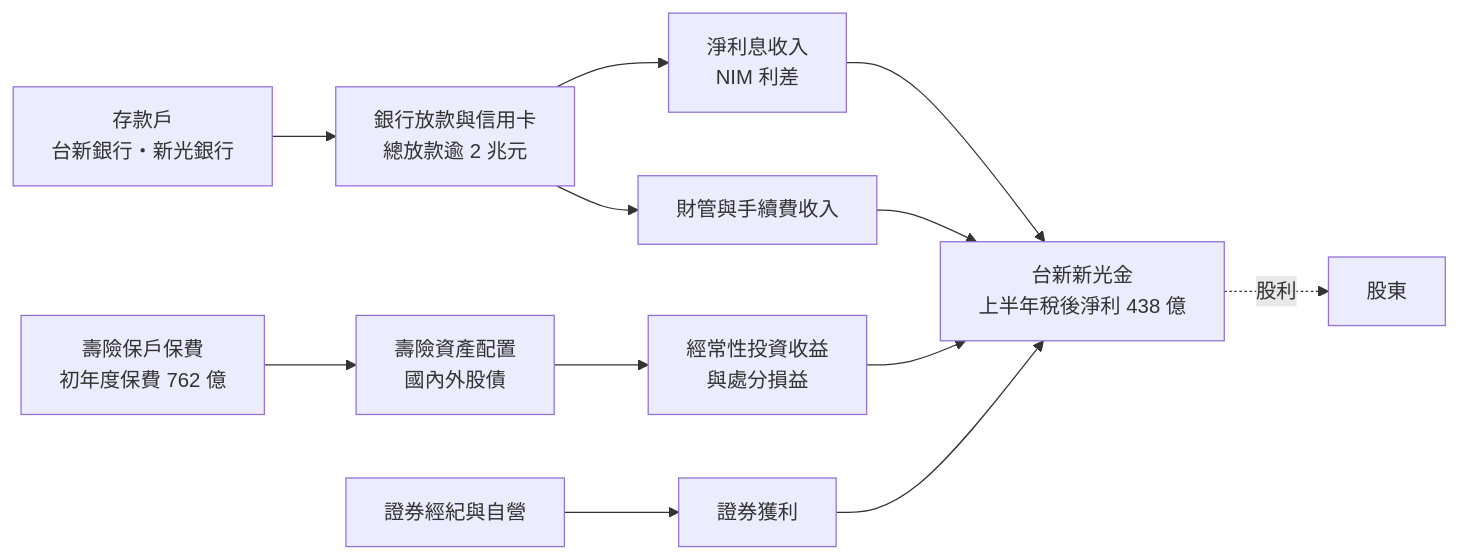
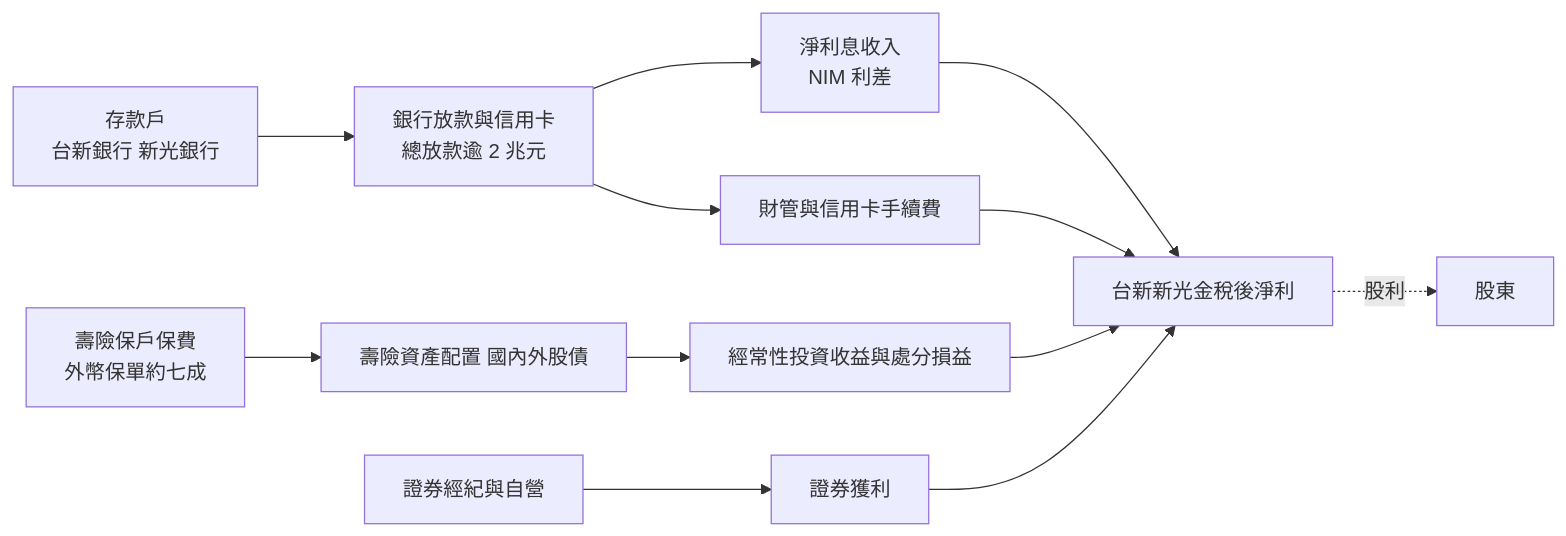
Before and after one commit to wangnick1004/taiwan-stock-vault: the second of 4 diagrams in 個股/台股/2887台新新光金.md, drawn with Mermaid. The commit also changed other lines of this file and 7 other files, not shown here.

````diff
--- a/個股/台股/2887台新新光金.md
+++ b/個股/台股/2887台新新光金.md
@@ -73,14 +74,14 @@
 ```mermaid
 flowchart LR
-    A[存款戶<br/>台新銀行・新光銀行] --> C[銀行放款與信用卡<br/>總放款逾 2 兆元]
-    B[壽險保戶保費<br/>初年度保費 762 億] --> D[壽險資產配置<br/>國內外股債]
-    C --> E[淨利息收入<br/>NIM 利差]
-    C --> F[財管與手續費收入]
-    D --> G[經常性投資收益<br/>與處分損益]
+    A["存款戶<br/>台新銀行 新光銀行"] --> C["銀行放款與信用卡<br/>總放款逾 2 兆元"]
+    B["壽險保戶保費<br/>外幣保單約七成"] --> D[壽險資產配置 國內外股債]
+    C --> E["淨利息收入<br/>NIM 利差"]
+    C --> F[財管與信用卡手續費]
+    D --> G[經常性投資收益與處分損益]
     H[證券經紀與自營] --> I[證券獲利]
-    E --> J[台新新光金<br/>上半年稅後淨利 438 億]
+    E --> J[台新新光金稅後淨利]
     F --> J
     G --> J
     I --> J
     J -. 股利 .-> K[股東]
 ```
````
